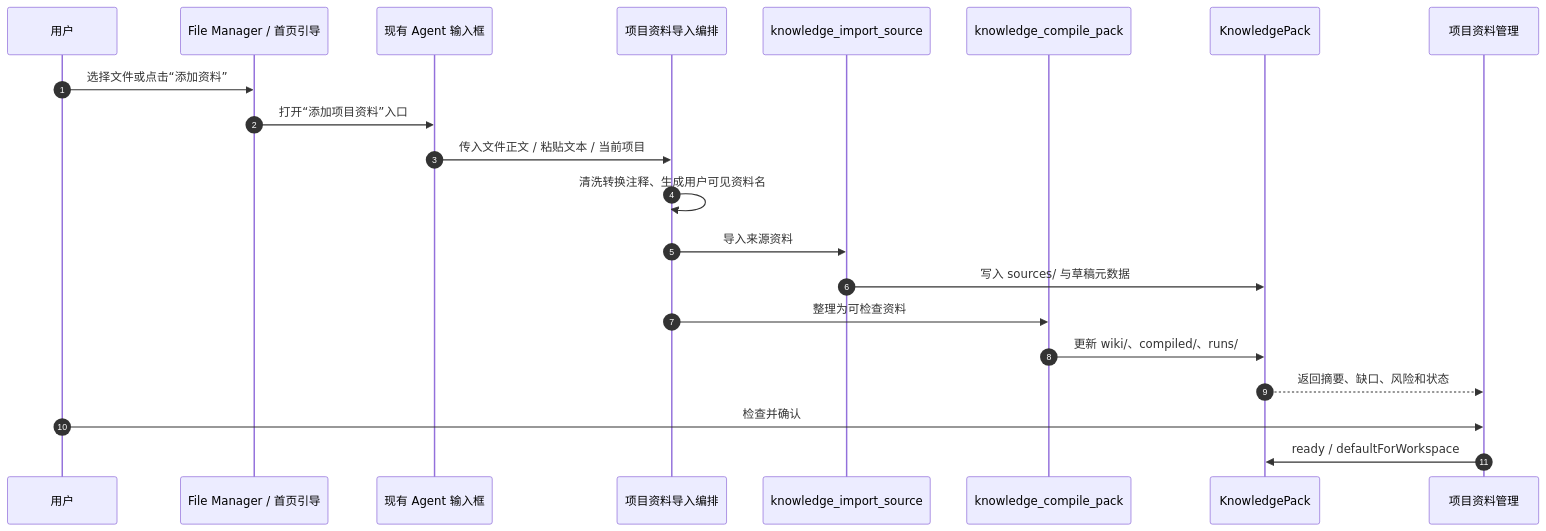
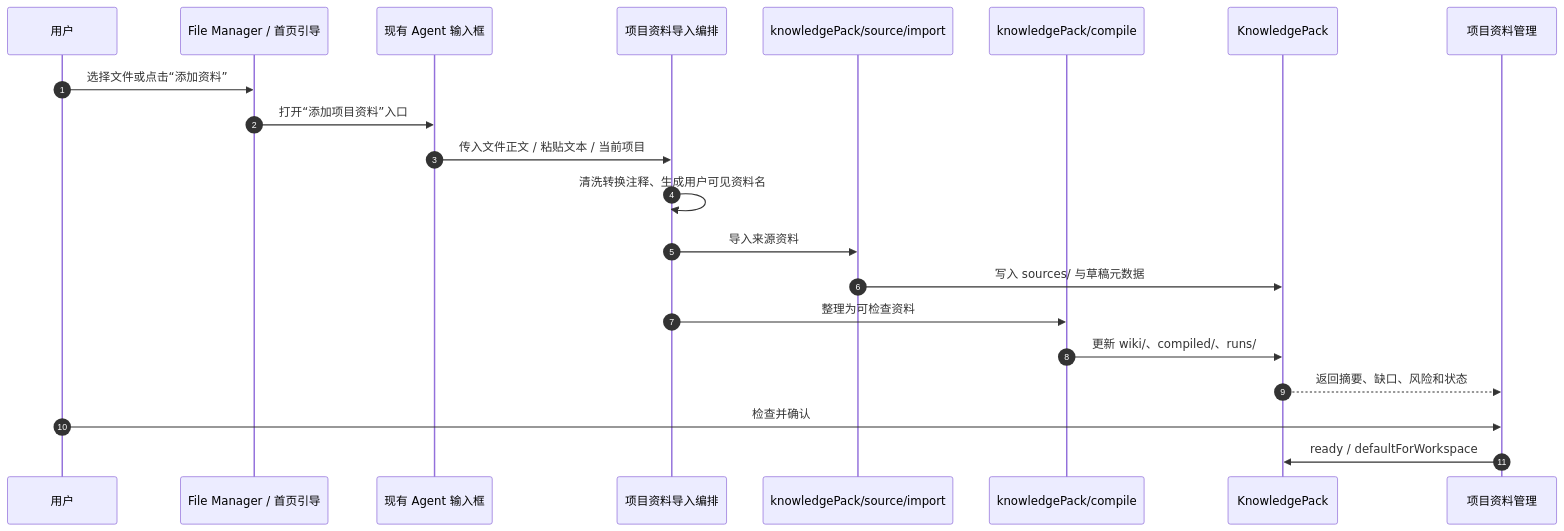
Before and after one commit to jiujuan/lime: the third of 9 diagrams in internal/roadmap/knowledge/prd.md, drawn with Mermaid. The commit also changed other lines of this file and 485 other files, not shown here.

````diff
--- a/internal/roadmap/knowledge/prd.md
+++ b/internal/roadmap/knowledge/prd.md
@@ -576,24 +576,24 @@
 ```mermaid
 sequenceDiagram
   autonumber
   participant U as 用户
   participant Entry as File Manager / 首页引导
   participant Agent as 现有 Agent 输入框
   participant Import as 项目资料导入编排
-  participant API as knowledge_import_source
-  participant Compiler as knowledge_compile_pack
+  participant API as knowledgePack/source/import
+  participant Compiler as knowledgePack/compile
   participant Pack as KnowledgePack
   participant Manage as 项目资料管理
 
   U->>Entry: 选择文件或点击“添加资料”
   Entry->>Agent: 打开“添加项目资料”入口
   Agent->>Import: 传入文件正文 / 粘贴文本 / 当前项目
   Import->>Import: 清洗转换注释、生成用户可见资料名
   Import->>API: 导入来源资料
   API->>Pack: 写入 sources/ 与草稿元数据
   Import->>Compiler: 整理为可检查资料
   Compiler->>Pack: 更新 wiki/、compiled/、runs/
   Pack-->>Manage: 返回摘要、缺口、风险和状态
   U->>Manage: 检查并确认
   Manage->>Pack: ready / defaultForWorkspace
 ```
````
